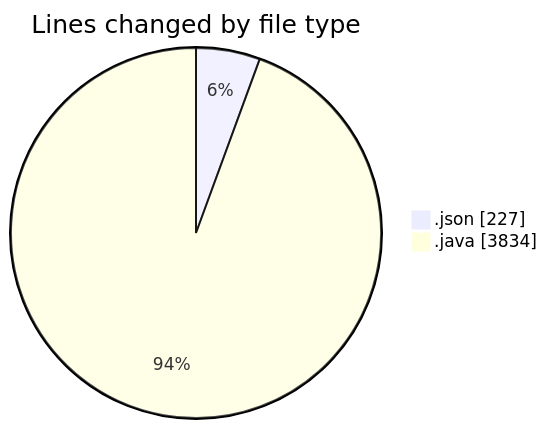
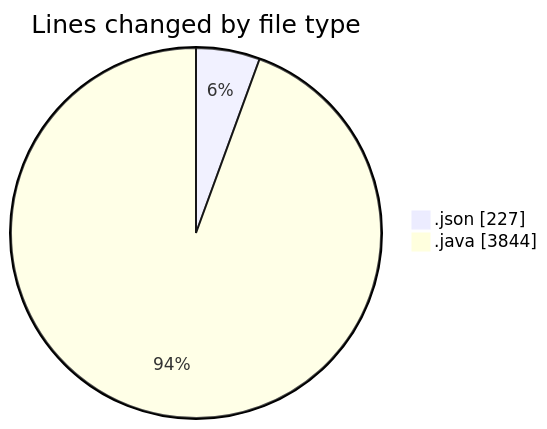
One commit to ricardozamudiocil/code-tracking changed the first of 2 diagrams in 2026-05-04/cilapp/README.md. Above: the diagram before and after it, drawn with Mermaid. The commit also changed other lines of this file and 1 other file, not shown here.

````diff
--- a/2026-05-04/cilapp/README.md
+++ b/2026-05-04/cilapp/README.md
@@ -27,6 +27,6 @@
 ```mermaid
 pie showData
 title Lines changed by file type
 ".json" : 227
-".java" : 3834
+".java" : 3844
 ```
````
